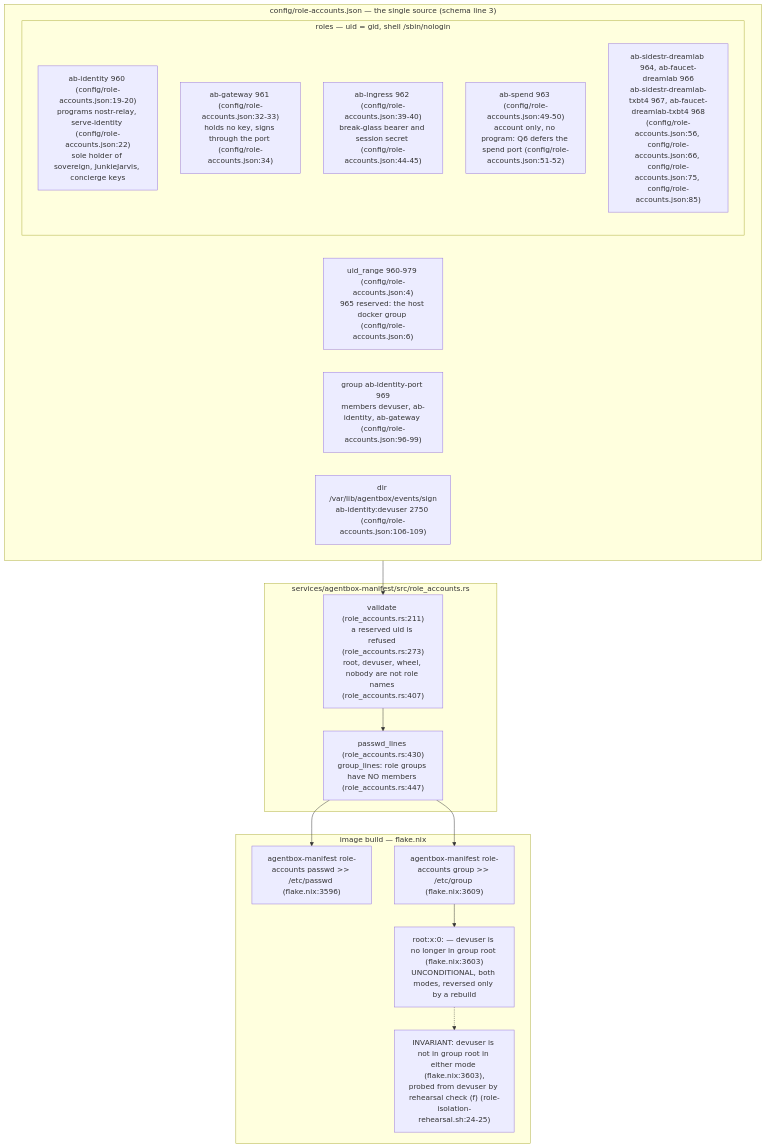
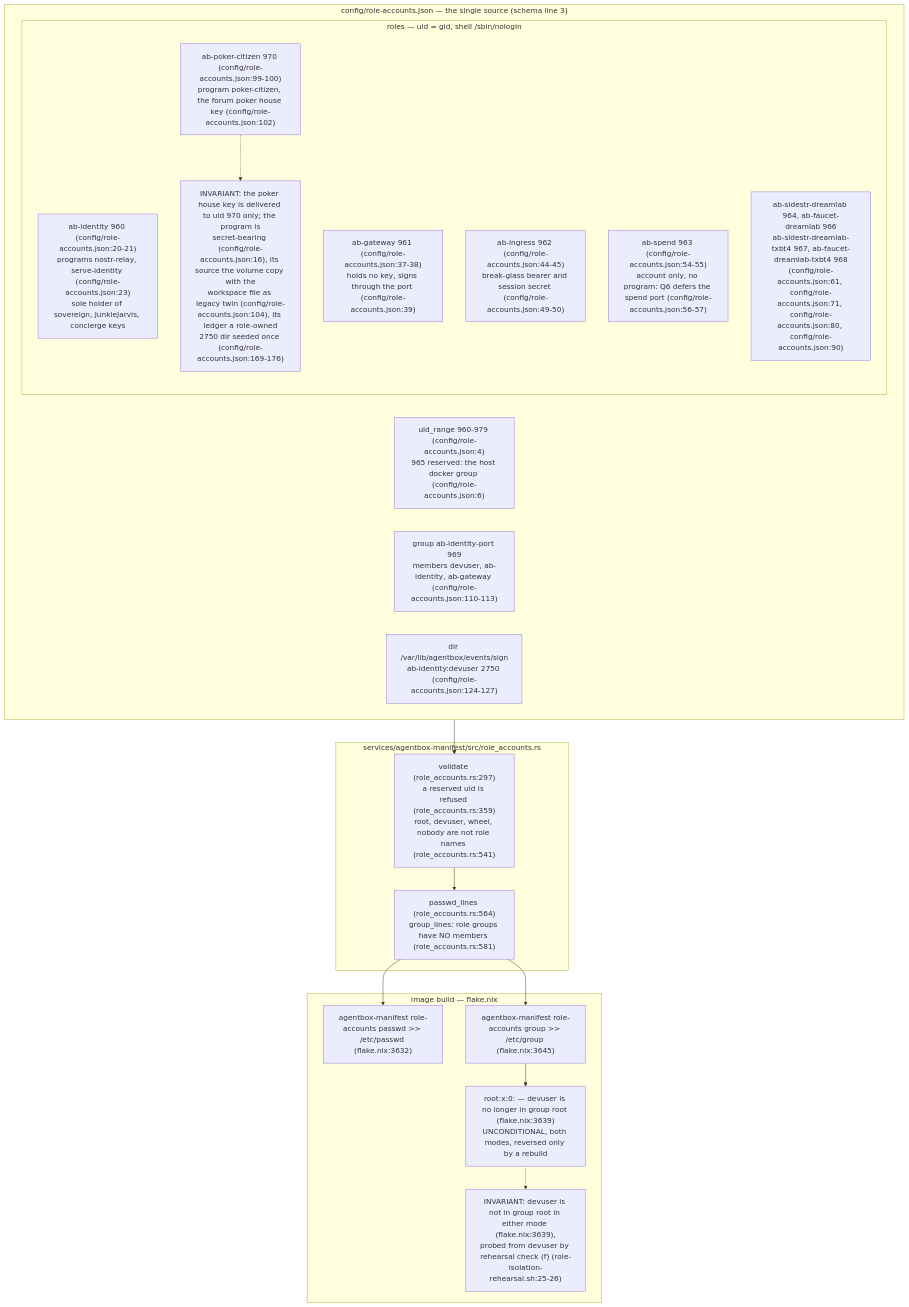
Before and after one commit to DreamLab-AI/VisionFlow: the first of 7 diagrams in docs/diagrams/agentbox/36-role-isolation-and-identity-port.md, drawn with Mermaid. The commit also changed other lines of this file and 4 other files, not shown here.

````diff
--- a/docs/diagrams/agentbox/36-role-isolation-and-identity-port.md
+++ b/docs/diagrams/agentbox/36-role-isolation-and-identity-port.md
@@ -47,29 +48,31 @@
 ```mermaid
 flowchart TB
     subgraph TABLE["config/role-accounts.json — the single source (schema line 3)"]
         RANGE["uid_range 960-979 (config/role-accounts.json:4)<br/>965 reserved: the host docker group (config/role-accounts.json:6)"]
         subgraph ROLES["roles — uid = gid, shell /sbin/nologin"]
-            ID["ab-identity 960 (config/role-accounts.json:19-20)<br/>programs nostr-relay, serve-identity (config/role-accounts.json:22)<br/>sole holder of sovereign, JunkieJarvis, concierge keys"]
-            GW["ab-gateway 961 (config/role-accounts.json:32-33)<br/>holds no key, signs through the port (config/role-accounts.json:34)"]
-            IN["ab-ingress 962 (config/role-accounts.json:39-40)<br/>break-glass bearer and session secret (config/role-accounts.json:44-45)"]
-            SP["ab-spend 963 (config/role-accounts.json:49-50)<br/>account only, no program: Q6 defers the spend port (config/role-accounts.json:51-52)"]
-            CH["ab-sidestr-dreamlab 964, ab-faucet-dreamlab 966<br/>ab-sidestr-dreamlab-txbt4 967, ab-faucet-dreamlab-txbt4 968<br/>(config/role-accounts.json:56, config/role-accounts.json:66, config/role-accounts.json:75, config/role-accounts.json:85)"]
+            ID["ab-identity 960 (config/role-accounts.json:20-21)<br/>programs nostr-relay, serve-identity (config/role-accounts.json:23)<br/>sole holder of sovereign, JunkieJarvis, concierge keys"]
+            GW["ab-gateway 961 (config/role-accounts.json:37-38)<br/>holds no key, signs through the port (config/role-accounts.json:39)"]
+            IN["ab-ingress 962 (config/role-accounts.json:44-45)<br/>break-glass bearer and session secret (config/role-accounts.json:49-50)"]
+            SP["ab-spend 963 (config/role-accounts.json:54-55)<br/>account only, no program: Q6 defers the spend port (config/role-accounts.json:56-57)"]
+            CH["ab-sidestr-dreamlab 964, ab-faucet-dreamlab 966<br/>ab-sidestr-dreamlab-txbt4 967, ab-faucet-dreamlab-txbt4 968<br/>(config/role-accounts.json:61, config/role-accounts.json:71, config/role-accounts.json:80, config/role-accounts.json:90)"]
+            PK["ab-poker-citizen 970 (config/role-accounts.json:99-100)<br/>program poker-citizen, the forum poker house key (config/role-accounts.json:102)"]
+            PK -.-> N2["INVARIANT: the poker house key is delivered to uid 970 only; the program is<br/>secret-bearing (config/role-accounts.json:16), its source the volume copy with the<br/>workspace file as legacy twin (config/role-accounts.json:104), its ledger a role-owned<br/>2750 dir seeded once (config/role-accounts.json:169-176)"]
         end
-        GRP["group ab-identity-port 969<br/>members devuser, ab-identity, ab-gateway (config/role-accounts.json:96-99)"]
-        DIR["dir /var/lib/agentbox/events/sign<br/>ab-identity:devuser 2750 (config/role-accounts.json:106-109)"]
+        GRP["group ab-identity-port 969<br/>members devuser, ab-identity, ab-gateway (config/role-accounts.json:110-113)"]
+        DIR["dir /var/lib/agentbox/events/sign<br/>ab-identity:devuser 2750 (config/role-accounts.json:124-127)"]
     end
     subgraph BUILD["image build — flake.nix"]
-        PW["agentbox-manifest role-accounts passwd >> /etc/passwd (flake.nix:3596)"]
-        GR["agentbox-manifest role-accounts group >> /etc/group (flake.nix:3609)"]
-        ROOTG["root:x:0: — devuser is no longer in group root (flake.nix:3603)<br/>UNCONDITIONAL, both modes, reversed only by a rebuild"]
-        ROOTG -.-> N1["INVARIANT: devuser is not in group root in either mode (flake.nix:3603),<br/>probed from devuser by rehearsal check (f) (role-isolation-rehearsal.sh:24-25)"]
+        PW["agentbox-manifest role-accounts passwd >> /etc/passwd (flake.nix:3632)"]
+        GR["agentbox-manifest role-accounts group >> /etc/group (flake.nix:3645)"]
+        ROOTG["root:x:0: — devuser is no longer in group root (flake.nix:3639)<br/>UNCONDITIONAL, both modes, reversed only by a rebuild"]
+        ROOTG -.-> N1["INVARIANT: devuser is not in group root in either mode (flake.nix:3639),<br/>probed from devuser by rehearsal check (f) (role-isolation-rehearsal.sh:25-26)"]
     end
     subgraph RUST["services/agentbox-manifest/src/role_accounts.rs"]
-        VAL["validate (role_accounts.rs:211)<br/>a reserved uid is refused (role_accounts.rs:273)<br/>root, devuser, wheel, nobody are not role names (role_accounts.rs:407)"]
-        LINES["passwd_lines (role_accounts.rs:430)<br/>group_lines: role groups have NO members (role_accounts.rs:447)"]
+        VAL["validate (role_accounts.rs:297)<br/>a reserved uid is refused (role_accounts.rs:359)<br/>root, devuser, wheel, nobody are not role names (role_accounts.rs:541)"]
+        LINES["passwd_lines (role_accounts.rs:564)<br/>group_lines: role groups have NO members (role_accounts.rs:581)"]
     end
     TABLE --> VAL --> LINES
     LINES --> PW
     LINES --> GR
     GR --> ROOTG
 ```
````
